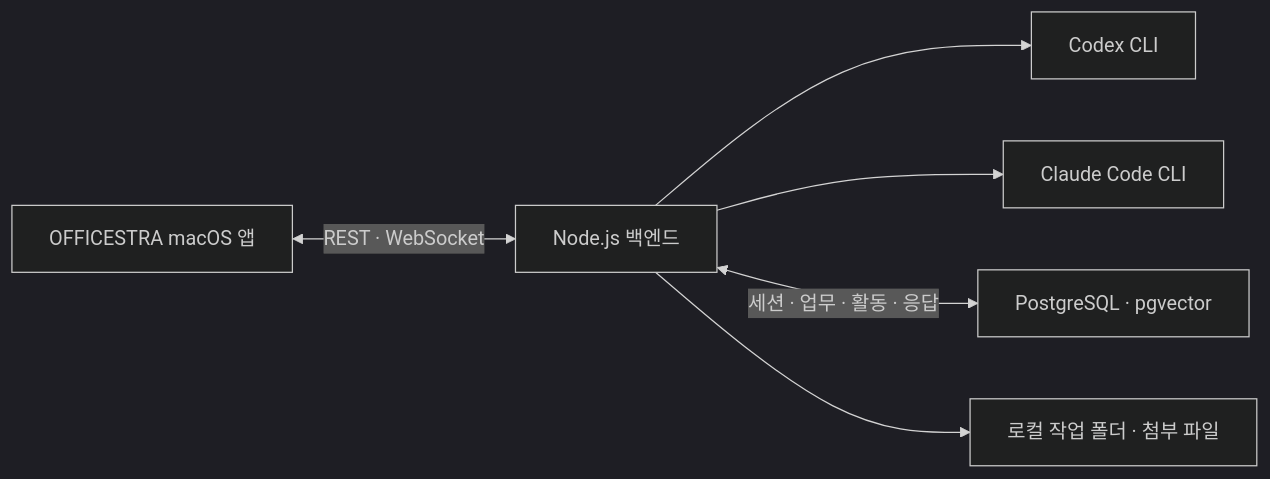
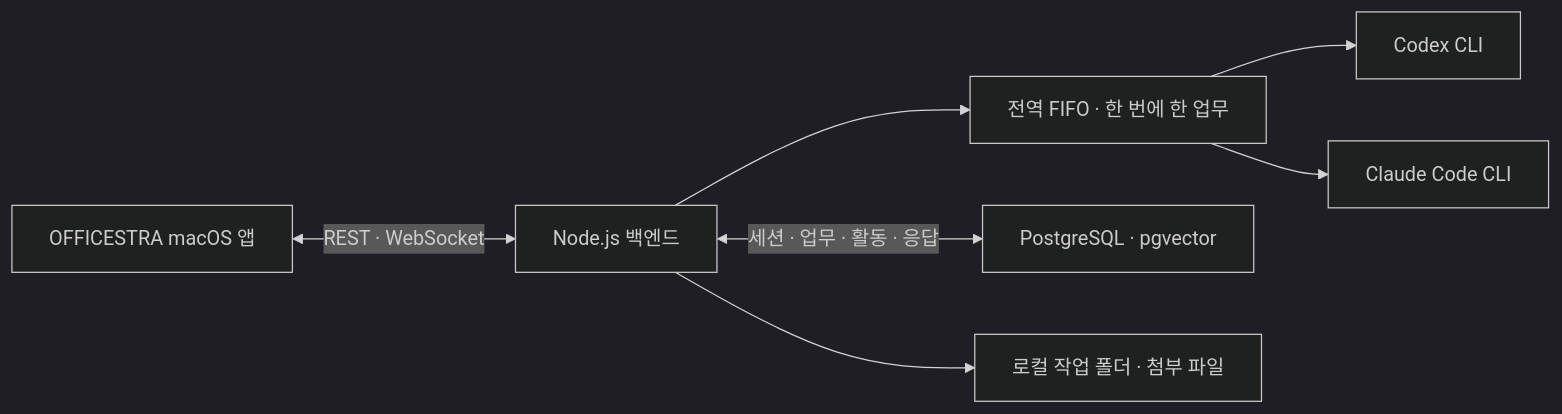
The diagram in README.md (neosp8888-design/office), drawn with Mermaid (dark theme) before and after one commit. The commit also changed other lines of this file and 20 other files, not shown here.

````diff
--- a/README.md
+++ b/README.md
@@ -110,8 +110,9 @@
 ```mermaid
 flowchart LR
     UI["OFFICESTRA macOS 앱"] <-->|"REST · WebSocket"| API["Node.js 백엔드"]
-    API --> CX["Codex CLI"]
-    API --> CL["Claude Code CLI"]
+    API --> Q["전역 FIFO · 한 번에 한 업무"]
+    Q --> CX["Codex CLI"]
+    Q --> CL["Claude Code CLI"]
     API <-->|"세션 · 업무 · 활동 · 응답"| DB["PostgreSQL · pgvector"]
     API --> FS["로컬 작업 폴더 · 첨부 파일"]
 ```
````
